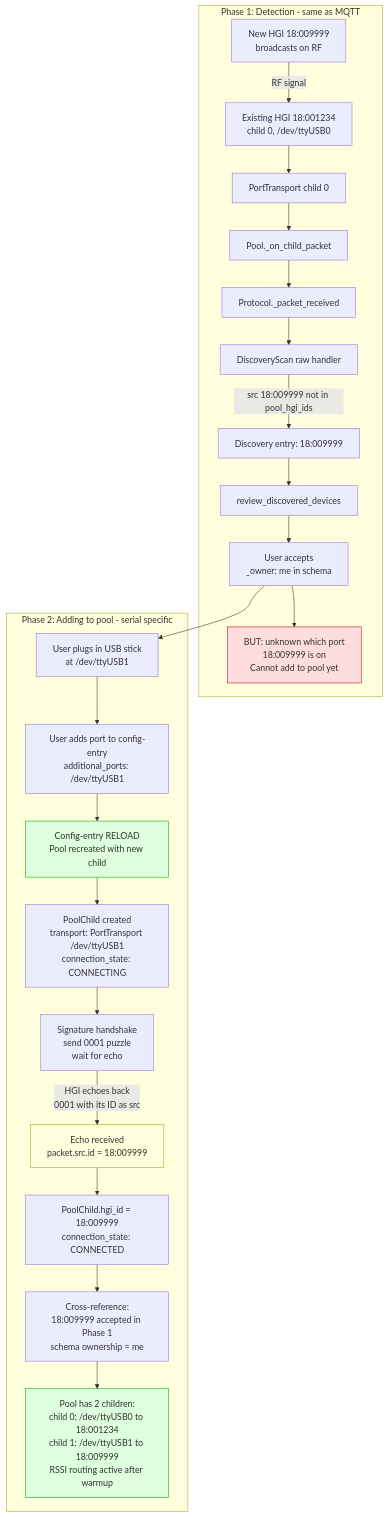
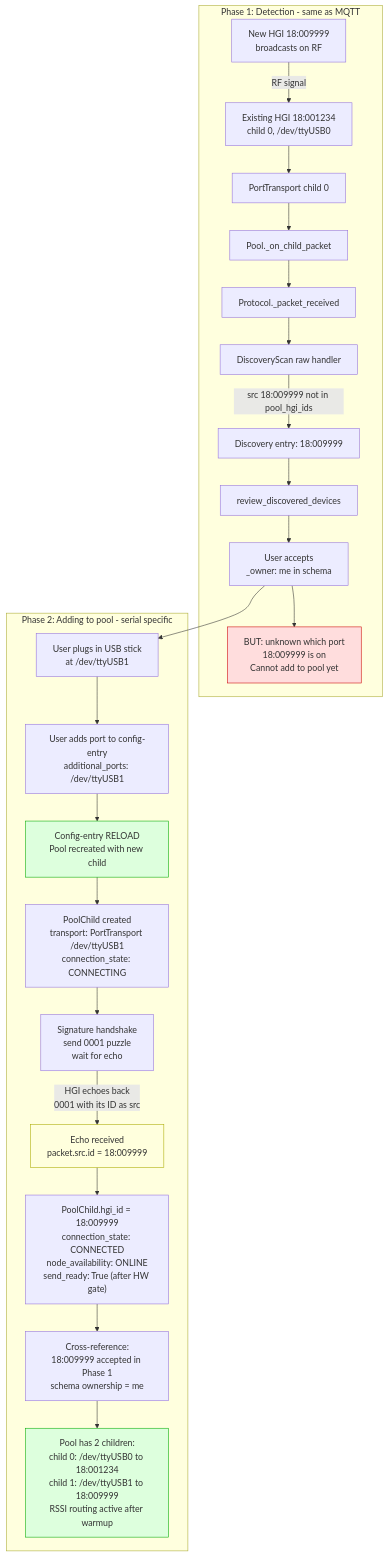
The diagram in docs/diagrams/03c_adding_serial_usb.md (ramses-rf/ramses_cc), drawn with Mermaid before and after one commit. The commit also changed 4 other files, not shown here.

First line of the commit message:
docs: fix diagram accuracy after fact-check against plan

````diff
--- a/docs/diagrams/03c_adding_serial_usb.md
+++ b/docs/diagrams/03c_adding_serial_usb.md
@@ -6,36 +6,36 @@
 ```mermaid
 flowchart TD
     subgraph Phase1["Phase 1: Detection - same as MQTT"]
         NewHGI["New HGI 18:009999<br/>broadcasts on RF"]
         ExistingHGI["Existing HGI 18:001234<br/>child 0, /dev/ttyUSB0"]
         NewHGI -->|"RF signal"| ExistingHGI
         ExistingHGI --> PortTransport0["PortTransport child 0"]
         PortTransport0 --> Pool1["Pool._on_child_packet"]
         Pool1 --> Proto1["Protocol._packet_received"]
         Proto1 --> Scan1["DiscoveryScan raw handler"]
         Scan1 -->|"src 18:009999 not in pool_hgi_ids"| Entry1["Discovery entry: 18:009999"]
         Entry1 --> Review1["review_discovered_devices"]
         Review1 --> Accept1["User accepts<br/>_owner: me in schema"]
         Accept1 --> Note1["BUT: unknown which port<br/>18:009999 is on<br/>Cannot add to pool yet"]
     end
 
     subgraph Phase2["Phase 2: Adding to pool - serial specific"]
         Plug["User plugs in USB stick<br/>at /dev/ttyUSB1"]
         Plug --> Config["User adds port to config-entry<br/>additional_ports: /dev/ttyUSB1"]
         Config --> Reload["Config-entry RELOAD<br/>Pool recreated with new child"]
         Reload --> Factory["PoolChild created<br/>transport: PortTransport /dev/ttyUSB1<br/>connection_state: CONNECTING"]
 
         Factory --> Handshake["Signature handshake<br/>send 0001 puzzle<br/>wait for echo"]
         Handshake -->|"HGI echoes back<br/>0001 with its ID as src"| Echo["Echo received<br/>packet.src.id = 18:009999"]
-        Echo --> SetHgi["PoolChild.hgi_id = 18:009999<br/>connection_state: CONNECTED"]
+        Echo --> SetHgi["PoolChild.hgi_id = 18:009999<br/>connection_state: CONNECTED<br/>node_availability: ONLINE<br/>send_ready: True (after HW gate)"]
         SetHgi --> CrossRef["Cross-reference:<br/>18:009999 accepted in Phase 1<br/>schema ownership = me"]
         CrossRef --> Done["Pool has 2 children:<br/>child 0: /dev/ttyUSB0 to 18:001234<br/>child 1: /dev/ttyUSB1 to 18:009999<br/>RSSI routing active after warmup"]
     end
 
     Accept1 --> Plug
 
     style Note1 fill:#fdd,stroke:#c00
     style Done fill:#dfd,stroke:#0a0
     style Echo fill:#ffd,stroke:#aa0
     style Reload fill:#dfd,stroke:#0a0
 ```
````
